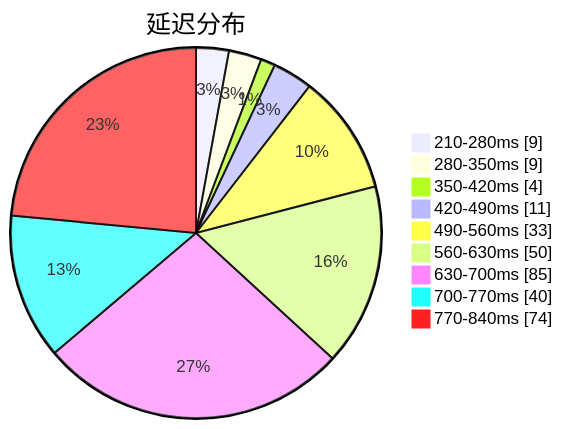
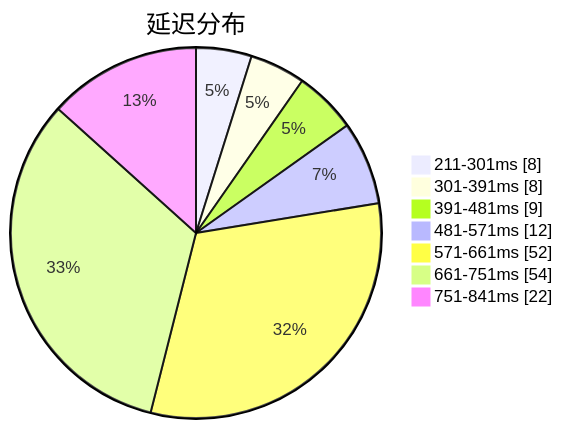
Before and after one commit to qjlxg/airport: the first of 3 diagrams in subs/statistics/tested_within.md, drawn with Mermaid. The commit also changed other lines of this file and 2 other files, not shown here.

Commit message:
Tested by metaST

````diff
--- a/subs/statistics/tested_within.md
+++ b/subs/statistics/tested_within.md
@@ -2,13 +2,11 @@
 ```mermaid
 pie showData
 title 延迟分布
-"210-280ms" : 9
-"280-350ms" : 9
-"350-420ms" : 4
-"420-490ms" : 11
-"490-560ms" : 33
-"560-630ms" : 50
-"630-700ms" : 85
-"700-770ms" : 40
-"770-840ms" : 74
+"211-301ms" : 8
+"301-391ms" : 8
+"391-481ms" : 9
+"481-571ms" : 12
+"571-661ms" : 52
+"661-751ms" : 54
+"751-841ms" : 22
 ```
````
